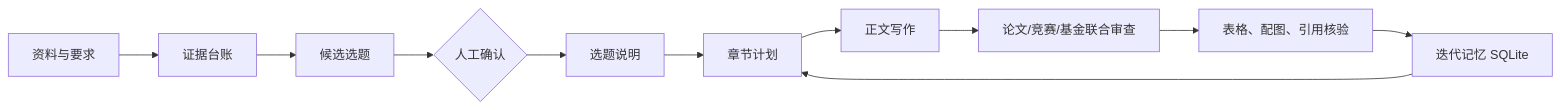
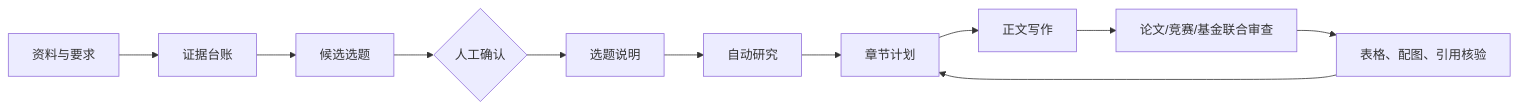
One commit to Zero-2X/autoartical changed the diagram in README.md. Above: the diagram before and after it, drawn with Mermaid. The commit also changed other lines of this file and 9 other files, not shown here.

````diff
--- a/README.md
+++ b/README.md
@@ -11,13 +11,13 @@
 ```mermaid
 flowchart LR
  A[资料与要求] --> B[证据台账]
  B --> C[候选选题]
  C --> D{人工确认}
  D --> E[选题说明]
- E --> F[章节计划]
- F --> G[正文写作]
- G --> H[论文/竞赛/基金联合审查]
- H --> I[表格、配图、引用核验]
- I --> J[迭代记忆 SQLite]
- J --> F
+ E --> F[自动研究]
+ F --> G[章节计划]
+ G --> H[正文写作]
+ H --> I[论文/竞赛/基金联合审查]
+ I --> J[表格、配图、引用核验]
+ J --> G
 ```
````
